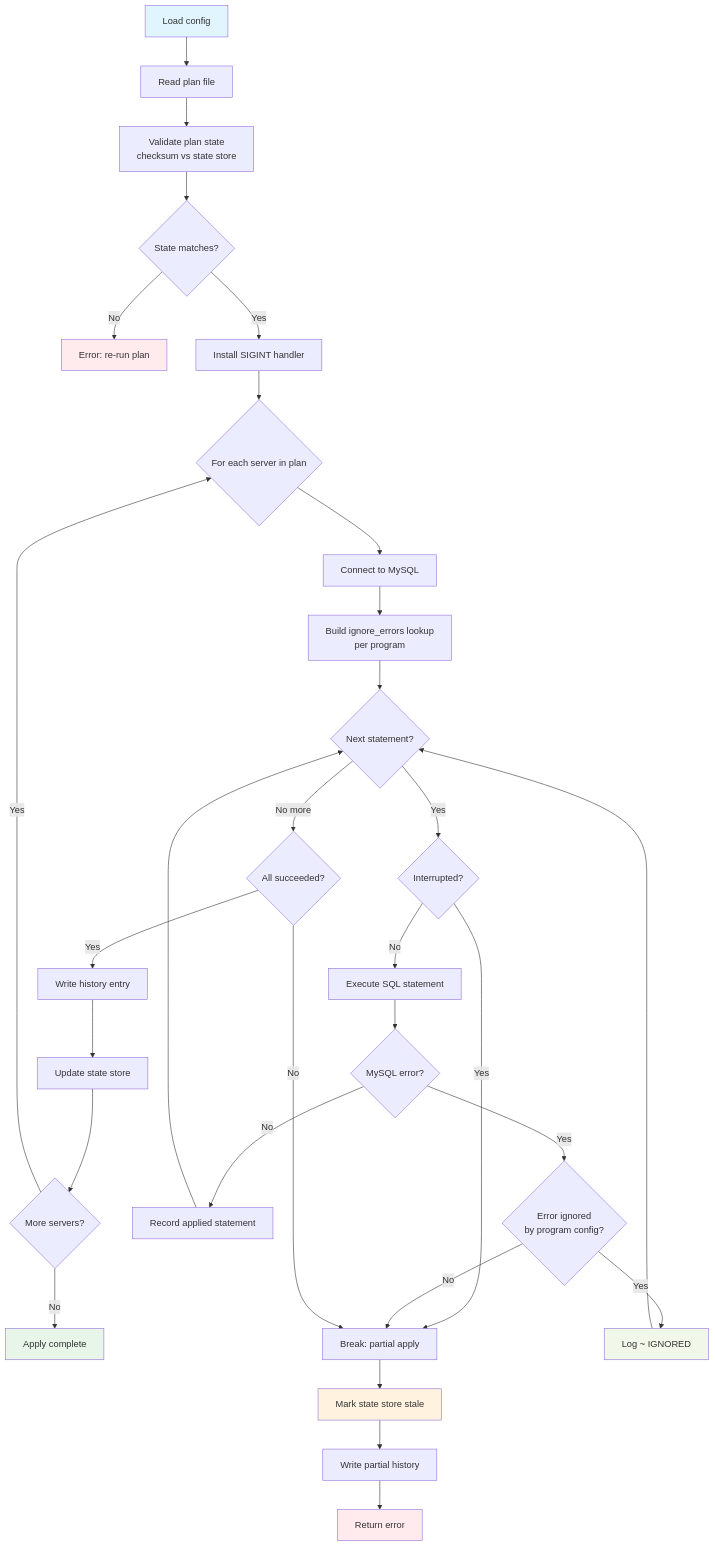
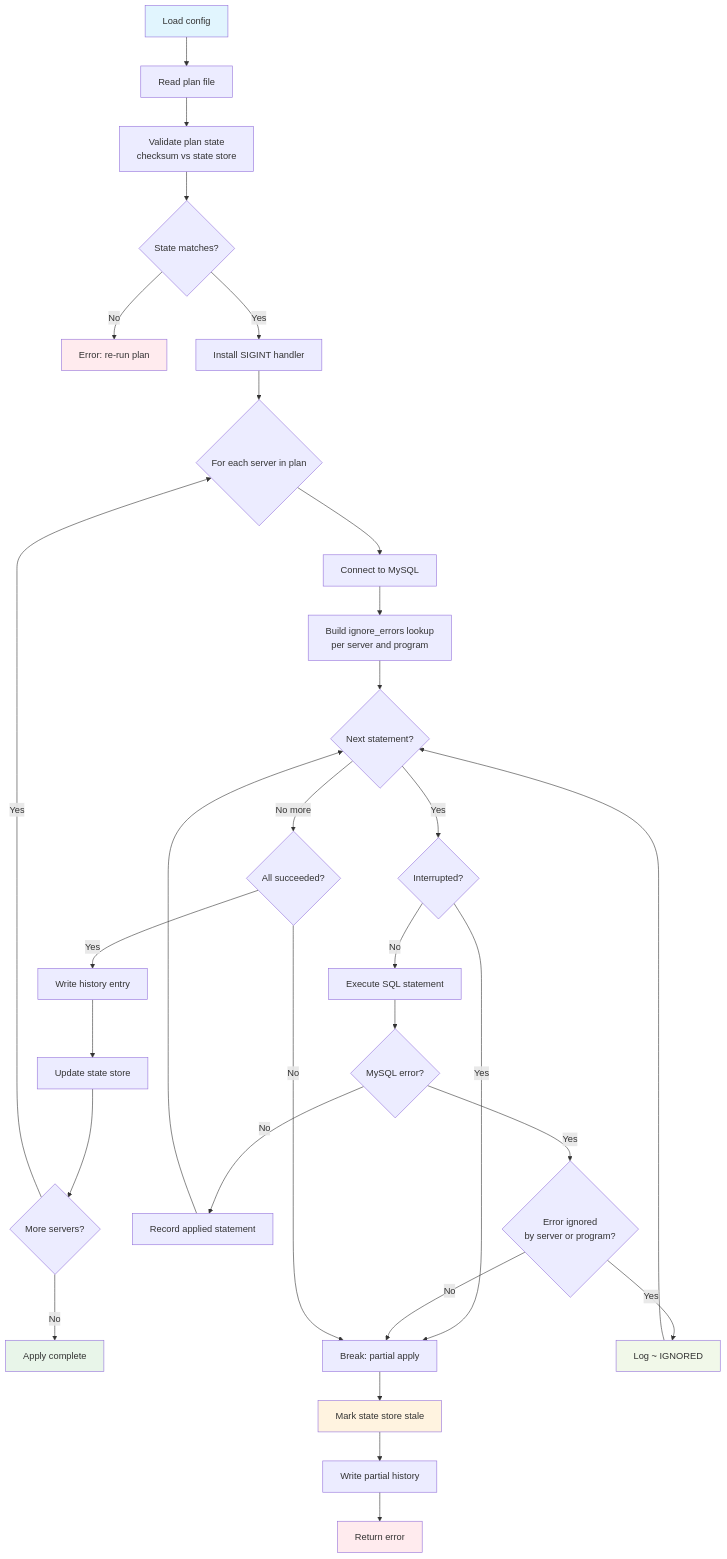
The second of 3 diagrams in OVERVIEW.md (na4ma4/mysql-role-reconciler), drawn with Mermaid before and after one commit. The commit also changed 11 other files, not shown here.

````diff
--- a/OVERVIEW.md
+++ b/OVERVIEW.md
@@ -36,48 +36,48 @@
 ```mermaid
 flowchart TD
     A[Load config] --> B[Read plan file]
     B --> C[Validate plan state<br/>checksum vs state store]
     C --> D{State matches?}
     D -- No --> E[Error: re-run plan]
     D -- Yes --> F[Install SIGINT handler]
 
     F --> G{For each server in plan}
 
     G --> H[Connect to MySQL]
-    H --> I[Build ignore_errors lookup<br/>per program]
+    H --> I[Build ignore_errors lookup<br/>per server and program]
 
     I --> J{Next statement?}
     J -- No more --> K{All succeeded?}
 
     K -- Yes --> L[Write history entry]
     L --> M[Update state store]
     M --> N{More servers?}
     N -- Yes --> G
     N -- No --> O[Apply complete]
 
     J -- Yes --> P{Interrupted?}
     P -- Yes --> Q[Break: partial apply]
     P -- No --> R[Execute SQL statement]
 
     R --> S{MySQL error?}
     S -- No --> T[Record applied statement]
     T --> J
 
-    S -- Yes --> U{Error ignored<br/>by program config?}
+    S -- Yes --> U{Error ignored<br/>by server or program?}
     U -- Yes --> V[Log ~ IGNORED]
     V --> J
     U -- No --> Q
 
     Q --> W[Mark state store stale]
     W --> X[Write partial history]
     X --> Y[Return error]
 
     K -- No --> Q
 
     style A fill:#e1f5fe
     style O fill:#e8f5e9
     style E fill:#ffebee
     style Y fill:#ffebee
     style W fill:#fff3e0
     style V fill:#f1f8e9
 ```
````
